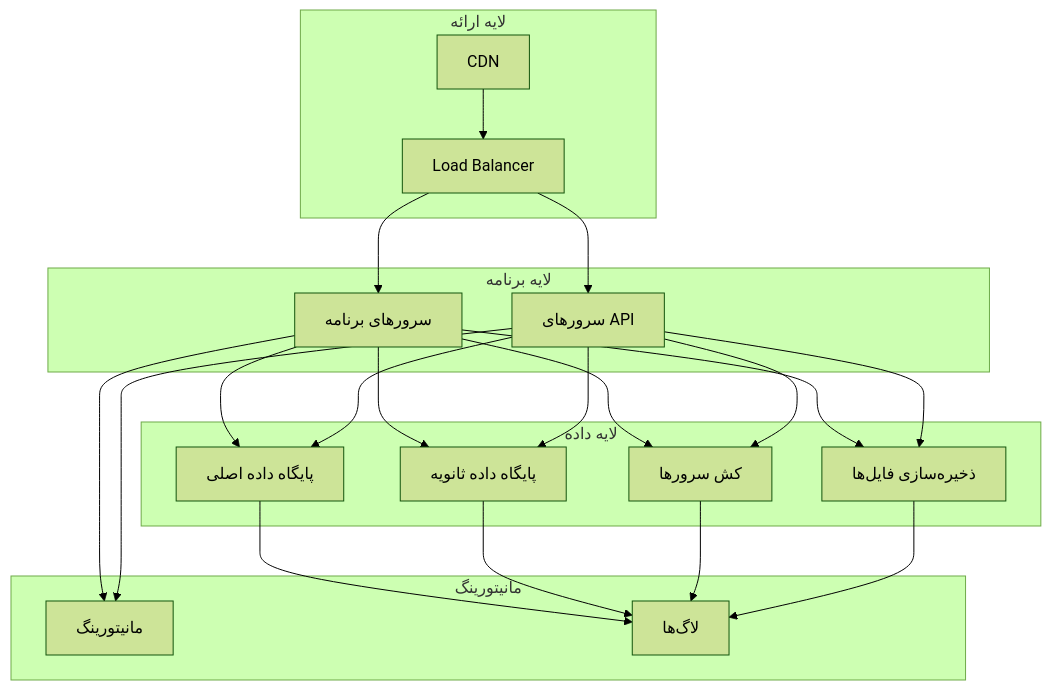
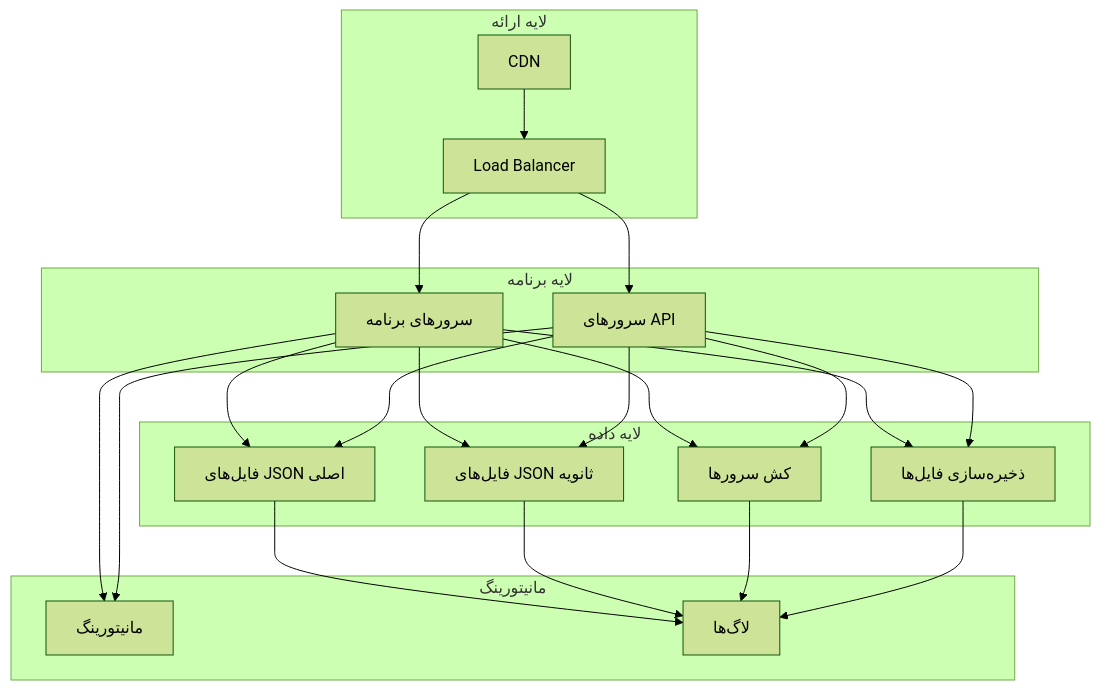
Diagram 18 of 18 in Docs/Architecture_doc.md (Shakour-Data/GravityManagement), drawn with Mermaid (forest theme) before and after one commit. The commit also changed other lines of this file and 2 other files, not shown here.

Commit message:
`Updated Architecture and Process documentation with new features and improvements`

````diff
--- a/Docs/Architecture_doc.md
+++ b/Docs/Architecture_doc.md
@@ -800,45 +974,45 @@
 ```mermaid
 graph TB
     subgraph "لایه ارائه"
         A[CDN]
         B[Load Balancer]
     end
-    
+
     subgraph "لایه برنامه"
         C[سرورهای برنامه]
         D[سرورهای API]
     end
-    
+
     subgraph "لایه داده"
-        E[پایگاه داده اصلی]
-        F[پایگاه داده ثانویه]
+        E[فایل‌های JSON اصلی]
+        F[فایل‌های JSON ثانویه]
         G[کش سرورها]
         H[ذخیره‌سازی فایل‌ها]
     end
-    
+
     subgraph "مانیتورینگ"
         I[مانیتورینگ]
         J[لاگ‌ها]
     end
-    
+
     A --> B
     B --> C
     B --> D
-    
+
     C --> E
     C --> F
     C --> G
     C --> H
-    
+
     D --> E
     D --> F
     D --> G
     D --> H
-    
+
     C --> I
     D --> I
     E --> J
     F --> J
     G --> J
     H --> J
 ```
````
